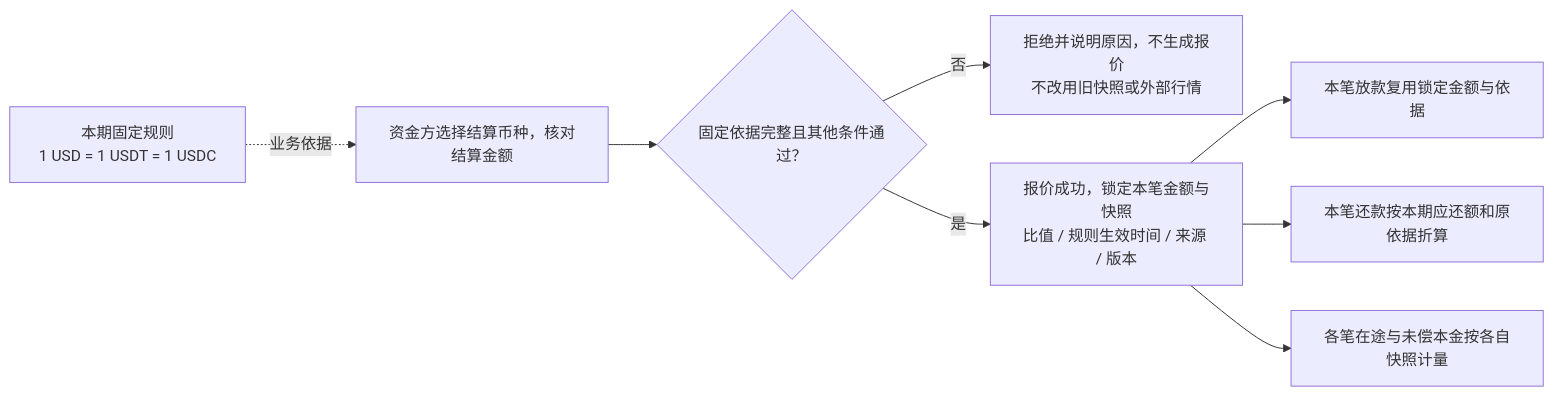
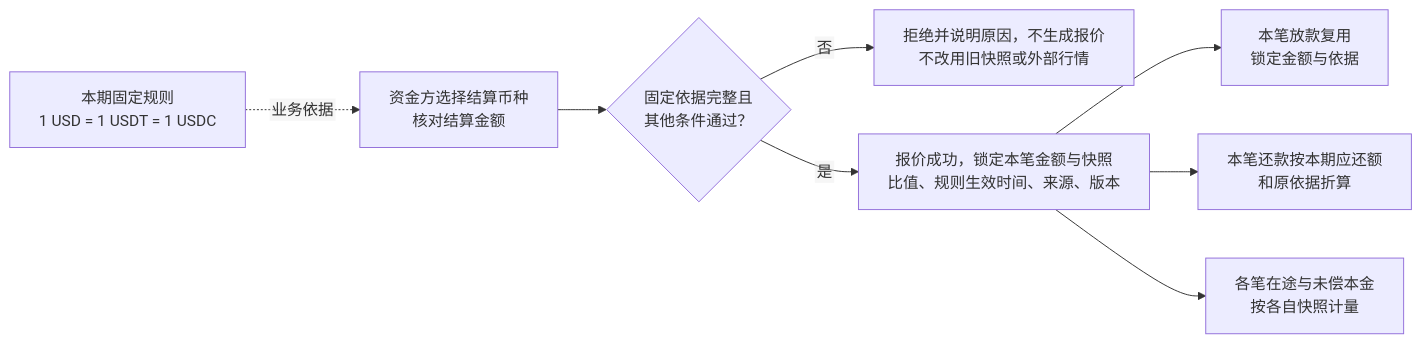
Before and after one commit to wxblockchain/Chain-Financing: the fourth of 8 diagrams in lending-platform/PRD/面客端/06-借贷广场-授信报价与接受拒绝/02-授信报价与接受拒绝-流程图与状态机.md, drawn with Mermaid. The commit also changed other lines of this file, not shown here.

First line of the commit message:
docs(WS-375): keep every flowchart label fully visible

````diff
--- a/lending-platform/PRD/面客端/06-借贷广场-授信报价与接受拒绝/02-授信报价与接受拒绝-流程图与状态机.md
+++ b/lending-platform/PRD/面客端/06-借贷广场-授信报价与接受拒绝/02-授信报价与接受拒绝-流程图与状态机.md
@@ -98,10 +101,11 @@
 ```mermaid
+%%{init: {"flowchart": {"htmlLabels": false, "wrappingWidth": 400}}}%%
 flowchart LR
-  A["本期固定规则<br/>1 USD = 1 USDT = 1 USDC"] -. "业务依据" .-> B["资金方选择结算币种，核对结算金额"]
-  B --> C{"固定依据完整且其他条件通过？"}
-  C -- "否" --> D["拒绝并说明原因，不生成报价<br/>不改用旧快照或外部行情"]
-  C -- "是" --> E["报价成功，锁定本笔金额与快照<br/>比值 / 规则生效时间 / 来源 / 版本"]
-  E --> F["本笔放款复用锁定金额与依据"]
-  E --> G["本笔还款按本期应还额和原依据折算"]
-  E --> H["各笔在途与未偿本金按各自快照计量"]
+  A["本期固定规则<br/>1 USD = 1 USDT = 1 USDC"] -. "业务依据" .-> B["资金方选择结算币种<br/>核对结算金额"]
+  B --> C{"固定依据完整且<br/>其他条件通过？"}
+  C -->|"否"| D["拒绝并说明原因，不生成报价<br/>不改用旧快照或外部行情"]
+  C -->|"是"| E["报价成功，锁定本笔金额与快照<br/>比值、规则生效时间、来源、版本"]
+  E --> F["本笔放款复用<br/>锁定金额与依据"]
+  E --> G["本笔还款按本期应还额<br/>和原依据折算"]
+  E --> H["各笔在途与未偿本金<br/>按各自快照计量"]
 ```
````
